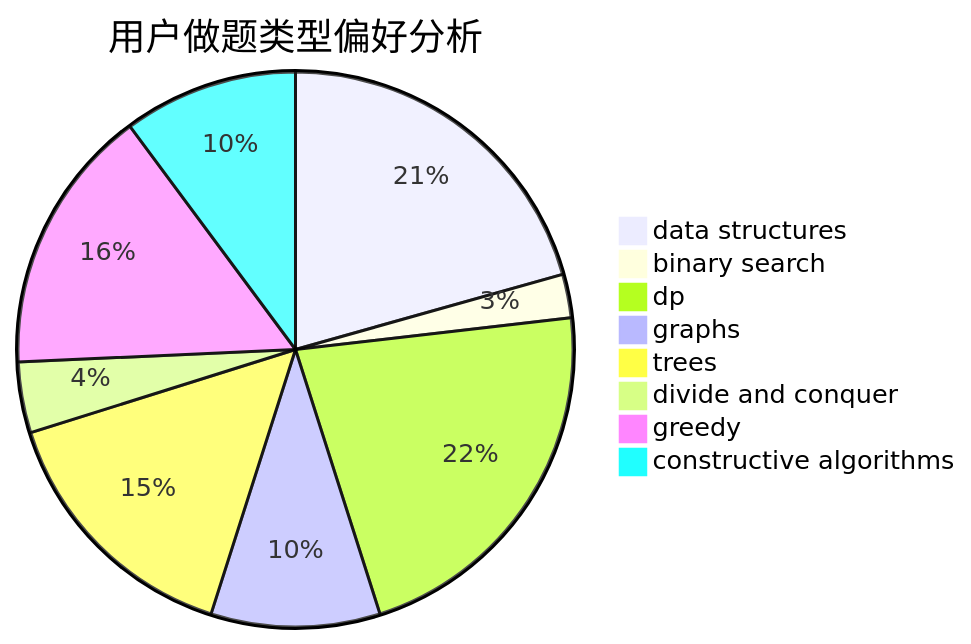
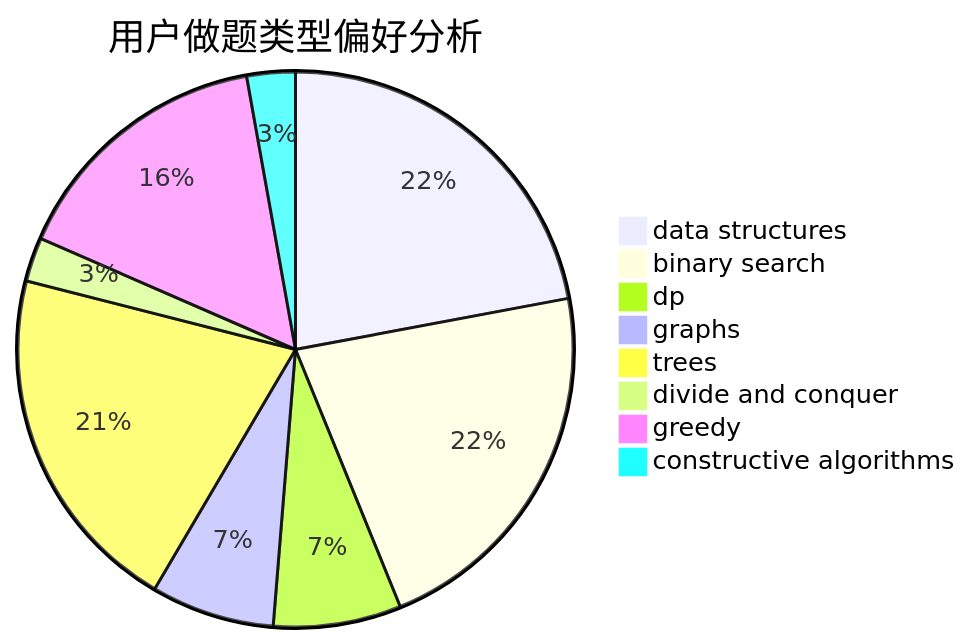
Before and after one commit to sherpahu/cfrs.github.io: the second of 3 diagrams in docs/user/u2584.md, drawn with Mermaid. The commit also changed other lines of this file and 2770 other files, not shown here.

````diff
--- a/docs/user/u2584.md
+++ b/docs/user/u2584.md
@@ -23,11 +23,11 @@
 ```mermaid
 pie title 用户做题类型偏好分析
-    "data structures" :  65
-    "binary search" :  8
-    "dp" :  69
-    "graphs" :  31
-    "trees" :  48
-    "divide and conquer" :  13
-    "greedy" :  49
-    "constructive algorithms" :  32
+    "data structures" :  86
+    "binary search" :  85
+    "dp" :  29
+    "graphs" :  28
+    "trees" :  80
+    "divide and conquer" :  10
+    "greedy" :  61
+    "constructive algorithms" :  11
 ```
````
